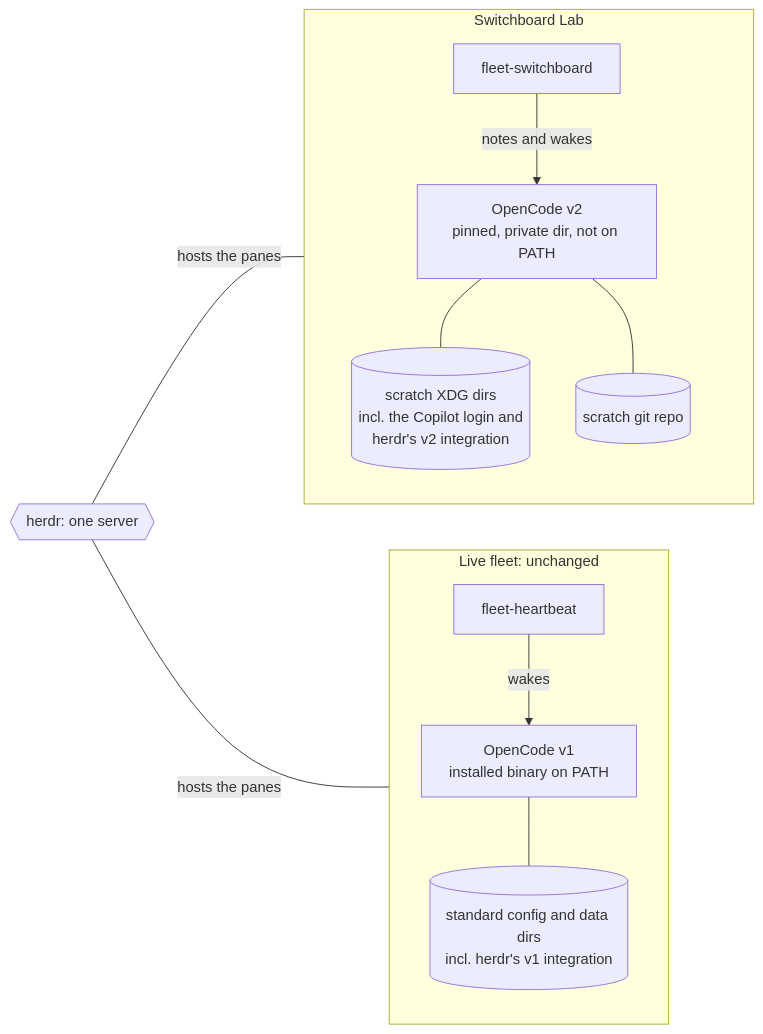
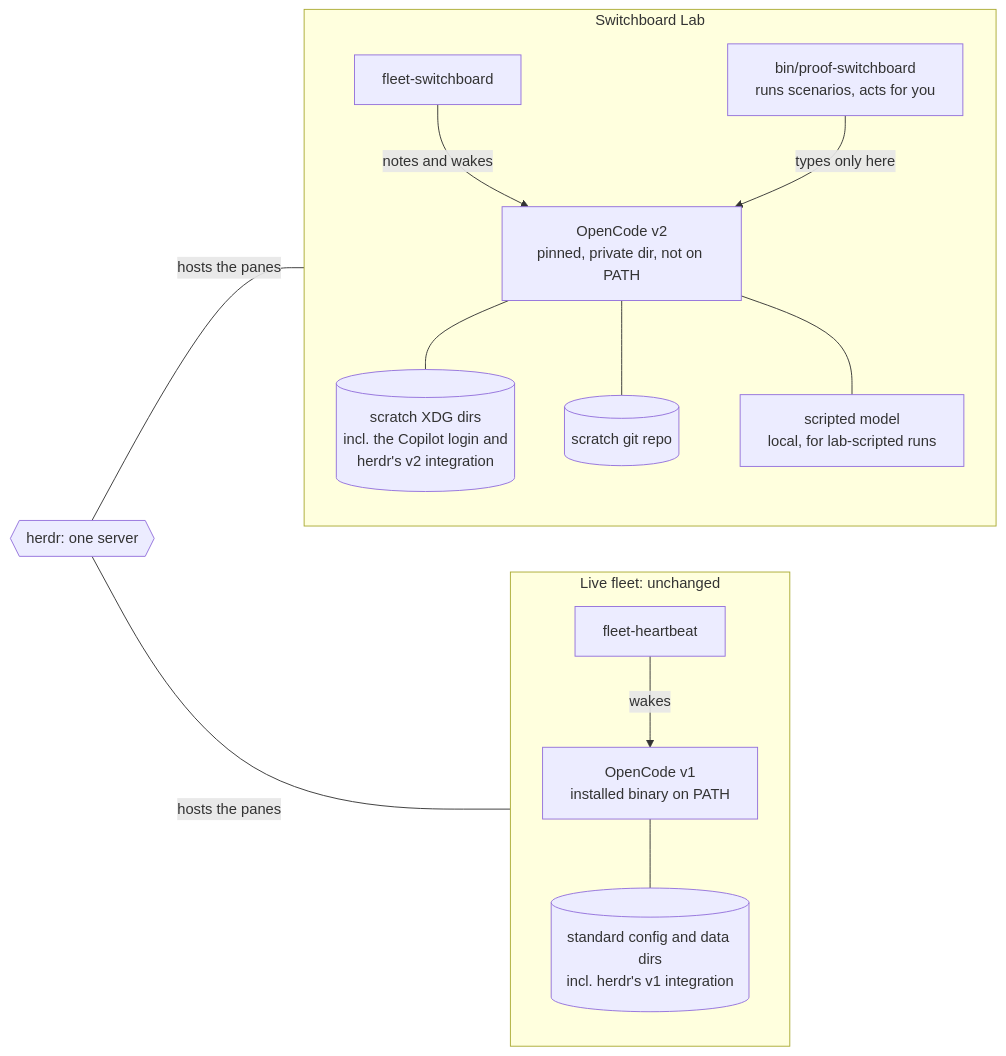
Diagram 14 of 15 in docs/switchboard.md (adamkaplan/fleet-kit), drawn with Mermaid before and after one commit. The commit also changed other lines of this file, not shown here.

First line of the commit message:
docs: switchboard: scenario testing; Jev classifies, briefs hand off, decorations route

````diff
--- a/docs/switchboard.md
+++ b/docs/switchboard.md
@@ -734,17 +831,19 @@
 ```mermaid
 flowchart LR
   herdr{{"herdr: one server"}}
   subgraph live["Live fleet: unchanged"]
     direction TB
     hb["fleet-heartbeat"] -- "wakes" --> v1["OpenCode v1<br/>installed binary on PATH"]
     v1 --- v1data[("standard config and data dirs<br/>incl. herdr's v1 integration")]
   end
   subgraph lab["Switchboard Lab"]
     direction TB
     sb["fleet-switchboard"] -- "notes and wakes" --> v2["OpenCode v2<br/>pinned, private dir, not on PATH"]
     v2 --- v2data[("scratch XDG dirs<br/>incl. the Copilot login and<br/>herdr's v2 integration")]
     v2 --- repo[("scratch git repo")]
+    runner["bin/proof-switchboard<br/>runs scenarios, acts for you"] -- "types only here" --> v2
+    v2 --- stub["scripted model<br/>local, for lab-scripted runs"]
   end
   herdr ---|"hosts the panes"| v1
   herdr ---|"hosts the panes"| v2
 ```
````
